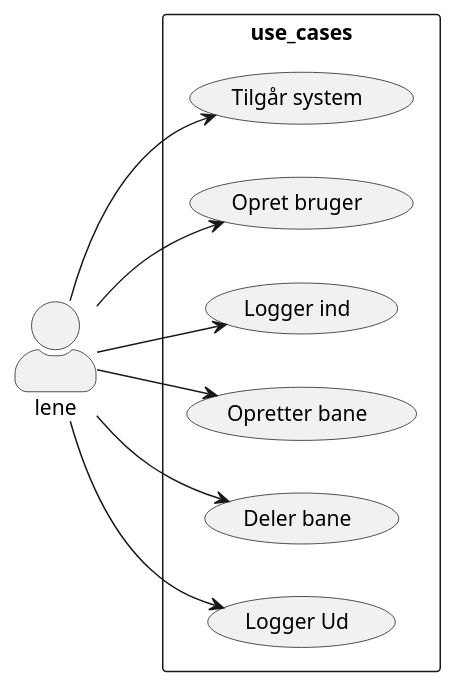
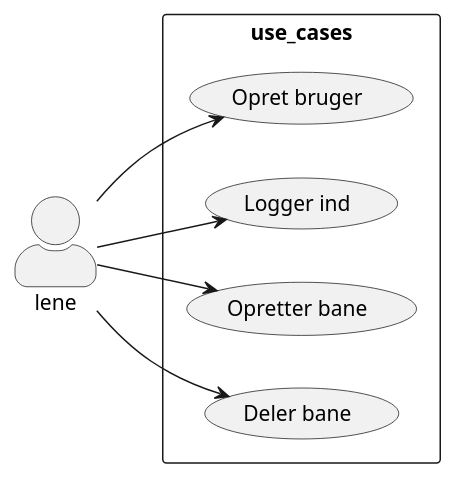
One commit to Team-1-ucl/Team1_Projekt changed the diagram in Dokumentation/Use Case Diagram/User-Diagram.wsd. Above: the diagram before and after it, drawn with PlantUML.

Commit message:
ændre usecase diagram

```diff
--- a/Dokumentation/Use Case Diagram/User-Diagram.wsd
+++ b/Dokumentation/Use Case Diagram/User-Diagram.wsd
@@ -1,20 +1,19 @@
 @startuml UseCase Diagram
 skinparam actorStyle awesome
 left to right direction
 actor lene as lene
 rectangle use_cases{
-    usecase "Tilgår system" as UC1 
+    
     usecase "Opret bruger" as UC2
     usecase "Logger ind" as UC3
     usecase "Opretter bane" as UC4  
     usecase "Deler bane" as UC5  
-    usecase "Logger Ud" as UC6  
+    
 }
-lene --> UC1
+
 lene --> UC2
 lene --> UC3
 lene --> UC4
 lene --> UC5
-lene --> UC6
 
 @enduml
```
